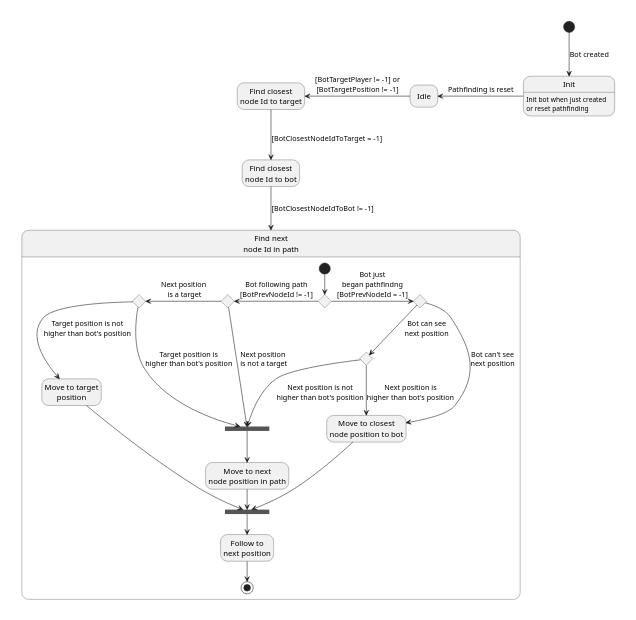
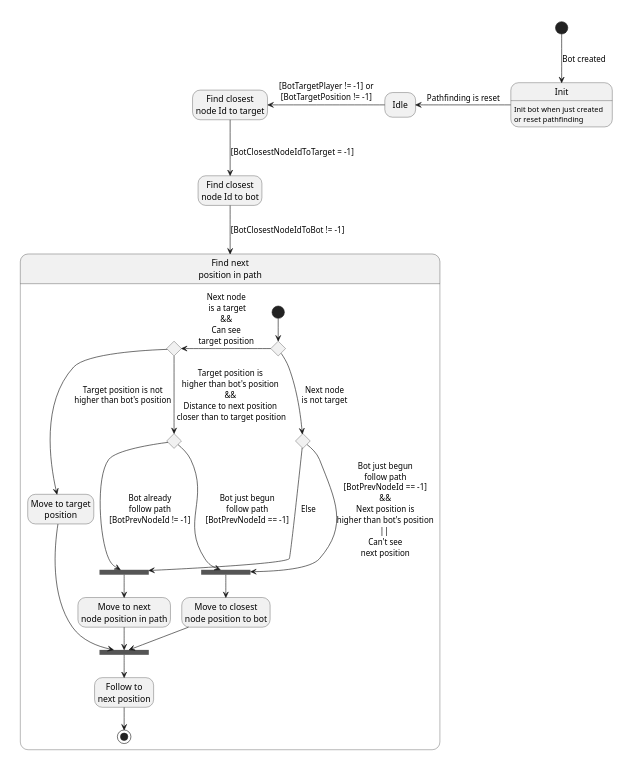
Before and after one commit to HuKuTa94/path-node-builder: the diagram in plant-uml/bot/states/BotStates.puml, drawn with PlantUML.

Commit message:
update uml for bot states scheme

```diff
--- a/plant-uml/bot/states/BotStates.puml
+++ b/plant-uml/bot/states/BotStates.puml
@@ -1,67 +1,60 @@
 @startuml
 'https://plantuml.com/state-diagram
 
 scale 300 width
 hide empty description
 
 state "Init" as Init
 state "Idle" as Idle
 state "Find closest\nnode Id to target" as FindClosestNodeIdToTarget
 state "Find closest\nnode Id to bot" as FindClosestNodeIdToBot
 
 'Idle
 [*] -down-> Init : Bot created
 Init : Init bot when just created
 Init : or reset pathfinding
 Init -left-> Idle : Pathfinding is reset
 
 'Targeting
 Idle -left-> FindClosestNodeIdToTarget : [BotTargetPlayer != -1] or\n[BotTargetPosition != -1]
 FindClosestNodeIdToTarget --> FindClosestNodeIdToBot : [BotClosestNodeIdToTarget = -1]
 FindClosestNodeIdToBot --> FindNextNodeId : [BotClosestNodeIdToBot != -1]
 
-state "Find next\nnode Id in path" as FindNextNodeId {
+state "Find next\nposition in path" as FindNextNodeId {
     state BeginPathFindingChoice <<choice>>
-    [*] --> BeginPathFindingChoice
-    state BotCanSeeNextNodeChoice <<choice>>
-    state BotJustBeganPathFindingChoice <<choice>>
     state BotFolowPathChoice <<choice>>
-    state BotNextNodePositionYComponentChoice <<choice>>
+    [*] --> BotFolowPathChoice
+    state BotPrevNodeIdChoice <<choice>>
+    state BotNextNodeIsTargetChoice <<choice>>
     state "Move to closest\nnode position to bot" as MoveToClosestNodeToBot
     state "Move to next\nnode position in path" as MoveToNextNodeInPath
     state "Move to target\nposition" as MoveToTargetPosition
     state "Follow to\nnext position" as FollowToNextPosition
-    state Join1 <<join>>
+    state JoinClosestNode <<join>>
+    state JoinNextNode <<join>>
     state Join2 <<join>>
 
-    'Choice next node position
-    'Bot just began pathfinding
-    BeginPathFindingChoice -right-> BotJustBeganPathFindingChoice : Bot just\nbegan pathfindng\n[BotPrevNodeId = -1]
-    BotJustBeganPathFindingChoice --> BotCanSeeNextNodeChoice : Bot can see\nnext position
-    BotJustBeganPathFindingChoice --> MoveToClosestNodeToBot : Bot can't see\nnext position
-    BotCanSeeNextNodeChoice --> MoveToClosestNodeToBot : Next position is\nhigher than bot's position
-    BotCanSeeNextNodeChoice --> Join1 : Next position is not\nhigher than bot's position
-'    Join1 --> MoveToClosestNodeToBot : Next position is\nhigher than bot's position
-'    Join1 --> MoveToNextNodeInPath : Next position is not\nhigher than bot's position
+    'Bot just begun follow path
+    BotFolowPathChoice --> BeginPathFindingChoice : Next node\nis not target
+    BeginPathFindingChoice --> JoinClosestNode : Bot just begun\nfollow path\n[BotPrevNodeId == -1]\n&&\nNext position is\nhigher than bot's position\n|| \nCan't see\nnext position
+    BeginPathFindingChoice --> JoinNextNode : Else
+    JoinClosestNode --> MoveToClosestNodeToBot
 
-    'Bot follow path already
-    BeginPathFindingChoice -left-> BotFolowPathChoice : Bot following path\n[BotPrevNodeId != -1]
-    BotFolowPathChoice --> Join1 : Next position\n is not a target
-    BotFolowPathChoice -left-> BotNextNodePositionYComponentChoice : Next position\n is a target
-    BotNextNodePositionYComponentChoice --> MoveToTargetPosition : Target position is not\nhigher than bot's position
-    BotNextNodePositionYComponentChoice --> Join1 : Target position is\nhigher than bot's position
+    BotFolowPathChoice -left-> BotNextNodeIsTargetChoice : Next node\n is a target\n&&\nCan see\ntarget position
+    BotNextNodeIsTargetChoice --> MoveToTargetPosition : Target position is not\nhigher than bot's position
+    BotNextNodeIsTargetChoice --> BotPrevNodeIdChoice : Target position is\nhigher than bot's position\n&&\nDistance to next position\n closer than to target position
 
     'End pathfinding
-    Join1 --> MoveToNextNodeInPath
+    BotPrevNodeIdChoice --> JoinNextNode : Bot already\nfollow path\n[BotPrevNodeId != -1]
+    BotPrevNodeIdChoice --> JoinClosestNode : Bot just begun\nfollow path\n[BotPrevNodeId == -1]
+    JoinNextNode --> MoveToNextNodeInPath
     MoveToClosestNodeToBot --> Join2
     MoveToNextNodeInPath --> Join2
     MoveToTargetPosition --> Join2
     Join2 --> FollowToNextPosition
     FollowToNextPosition --> [*]
-'    FollowToNextPosition -up-> Init : Bot reached\ntarget
-'    FollowToNextPosition -left-> FindClosestNodeIdToTarget : Bot triggered\ntimestamp
 }
 
 
 
 @enduml
```
